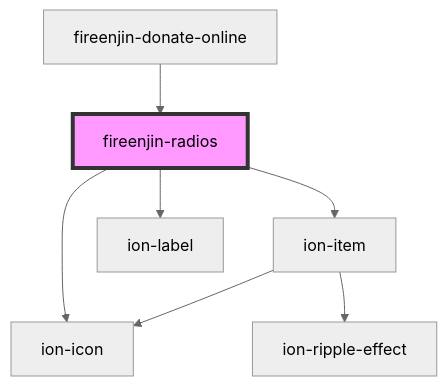
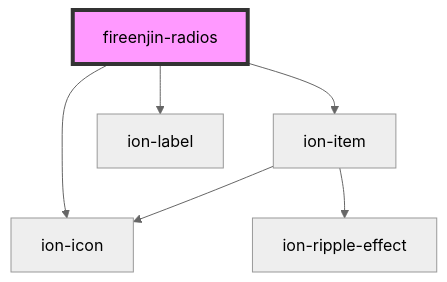
The diagram in src/components/radios/readme.md (MadnessLabs/fireenjin-components), drawn with Mermaid (neutral theme) before and after one commit. The commit also changed other lines of this file and 4 other files, not shown here.

````diff
--- a/src/components/radios/readme.md
+++ b/src/components/radios/readme.md
@@ -37,10 +35,9 @@
 ```mermaid
 graph TD;
   fireenjin-radios --> ion-item
   fireenjin-radios --> ion-label
   fireenjin-radios --> ion-icon
   ion-item --> ion-icon
   ion-item --> ion-ripple-effect
-  fireenjin-donate-online --> fireenjin-radios
   style fireenjin-radios fill:#f9f,stroke:#333,stroke-width:4px
 ```
````
